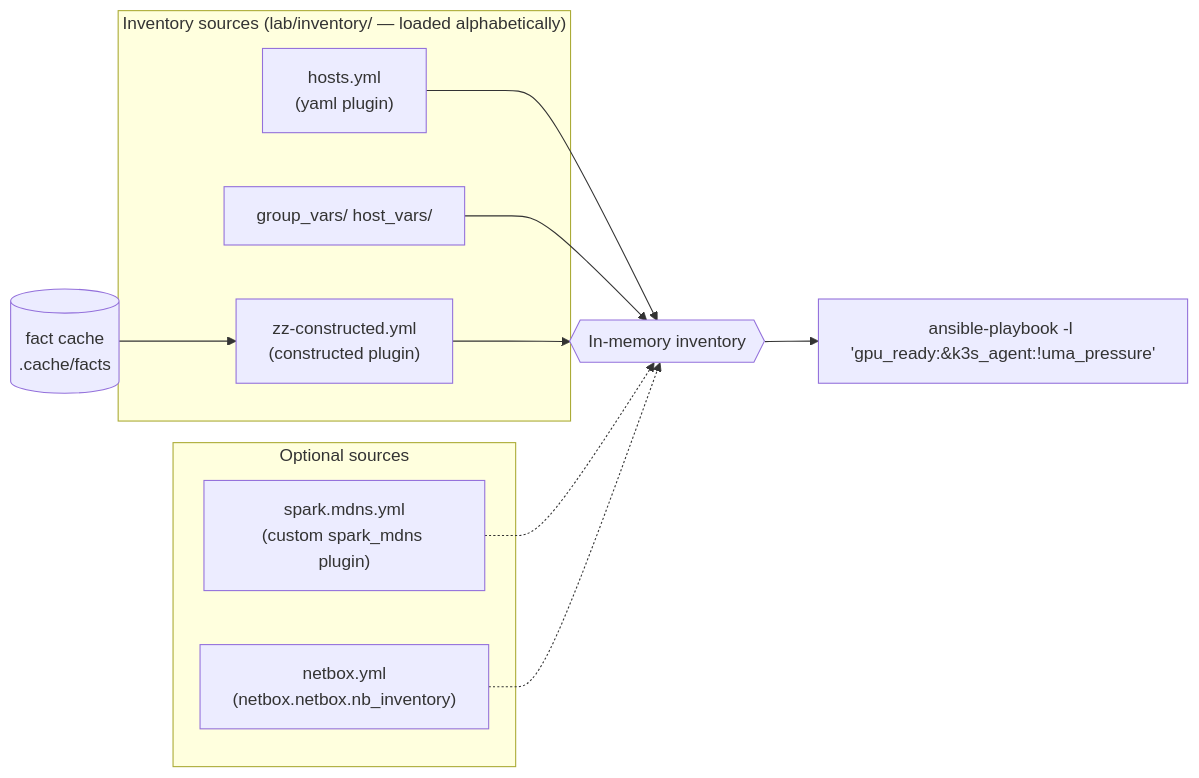
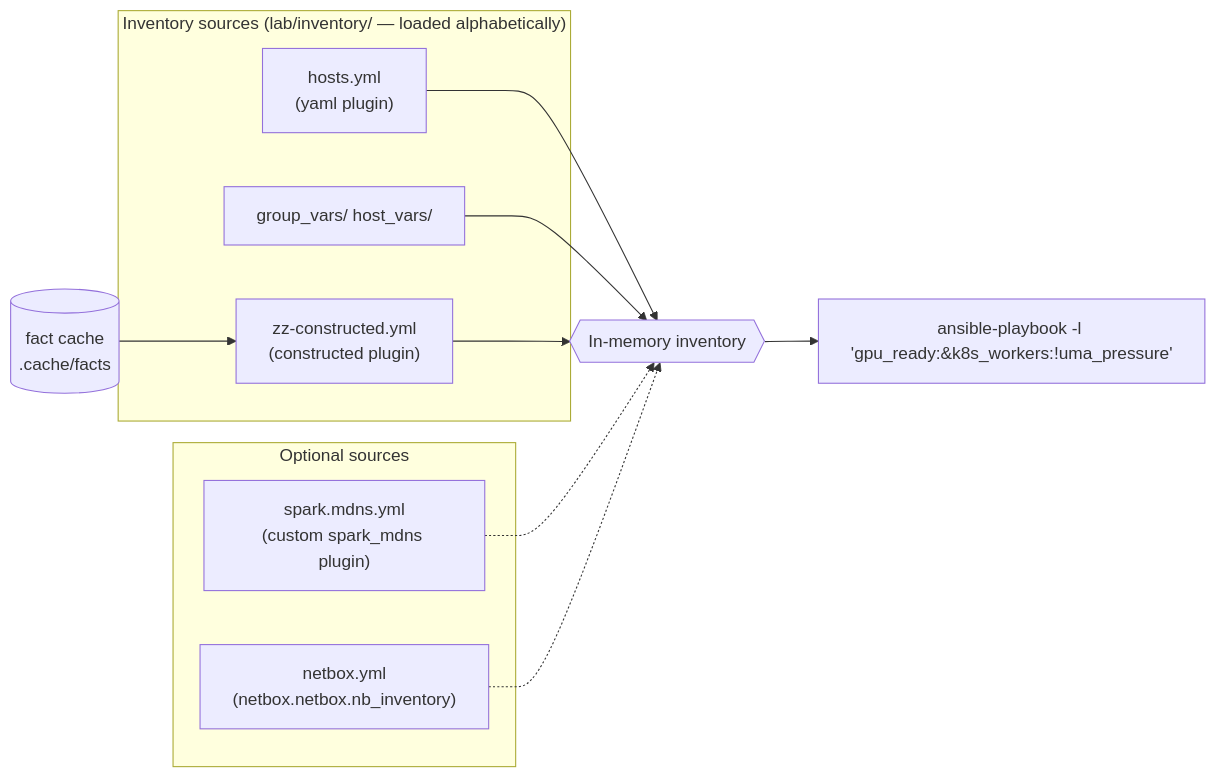
The diagram in 01 Ansible/03-dynamic-inventory-and-cloud-infrastructure.md (cloudone365/technical-depth), drawn with Mermaid before and after one commit. The commit also changed other lines of this file and 53 other files, not shown here.

````diff
--- a/01 Ansible/03-dynamic-inventory-and-cloud-infrastructure.md
+++ b/01 Ansible/03-dynamic-inventory-and-cloud-infrastructure.md
@@ -27,19 +27,19 @@
 ```mermaid
 flowchart LR
   subgraph SRC["Inventory sources (lab/inventory/ — loaded alphabetically)"]
     H["hosts.yml<br/>(yaml plugin)"]
     GV["group_vars/ host_vars/"]
     C["zz-constructed.yml<br/>(constructed plugin)"]
   end
   subgraph OPT["Optional sources"]
     M["spark.mdns.yml<br/>(custom spark_mdns plugin)"]
     NB["netbox.yml<br/>(netbox.netbox.nb_inventory)"]
   end
   FC[(fact cache<br/>.cache/facts)]
   H --> MERGE{{In-memory inventory}}
   GV --> MERGE
   FC --> C --> MERGE
   M -.-> MERGE
   NB -.-> MERGE
-  MERGE --> PLAY[ansible-playbook -l 'gpu_ready:&k3s_agent:!uma_pressure']
+  MERGE --> PLAY[ansible-playbook -l 'gpu_ready:&k8s_workers:!uma_pressure']
 ```
````
